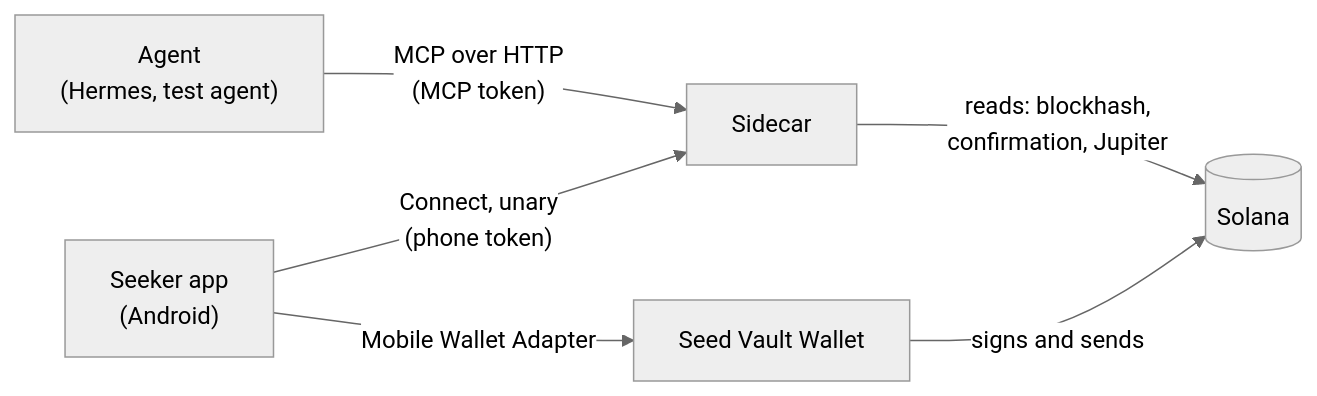
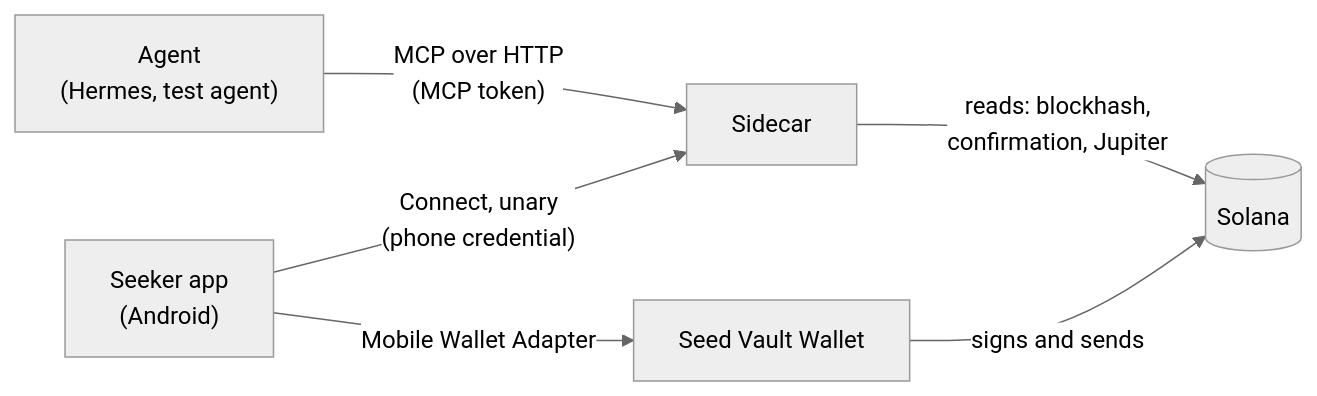
One commit to SeekerAgentConnect/sac changed the diagram in docs/architecture.md. Above: the diagram before and after it, drawn with Mermaid (neutral theme). The commit also changed other lines of this file and 47 other files, not shown here.

````diff
--- a/docs/architecture.md
+++ b/docs/architecture.md
@@ -7,8 +7,8 @@
 ```mermaid
 flowchart LR
     Agent["Agent<br>(Hermes, test agent)"] -- "MCP over HTTP<br>(MCP token)" --> Sidecar
-    Phone["Seeker app<br>(Android)"] -- "Connect, unary<br>(phone token)" --> Sidecar
+    Phone["Seeker app<br>(Android)"] -- "Connect, unary<br>(phone credential)" --> Sidecar
     Phone -- "Mobile Wallet Adapter" --> Wallet["Seed Vault Wallet"]
     Wallet -- "signs and sends" --> Solana[("Solana")]
     Sidecar -- "reads: blockhash,<br>confirmation, Jupiter" --> Solana
 ```
````
